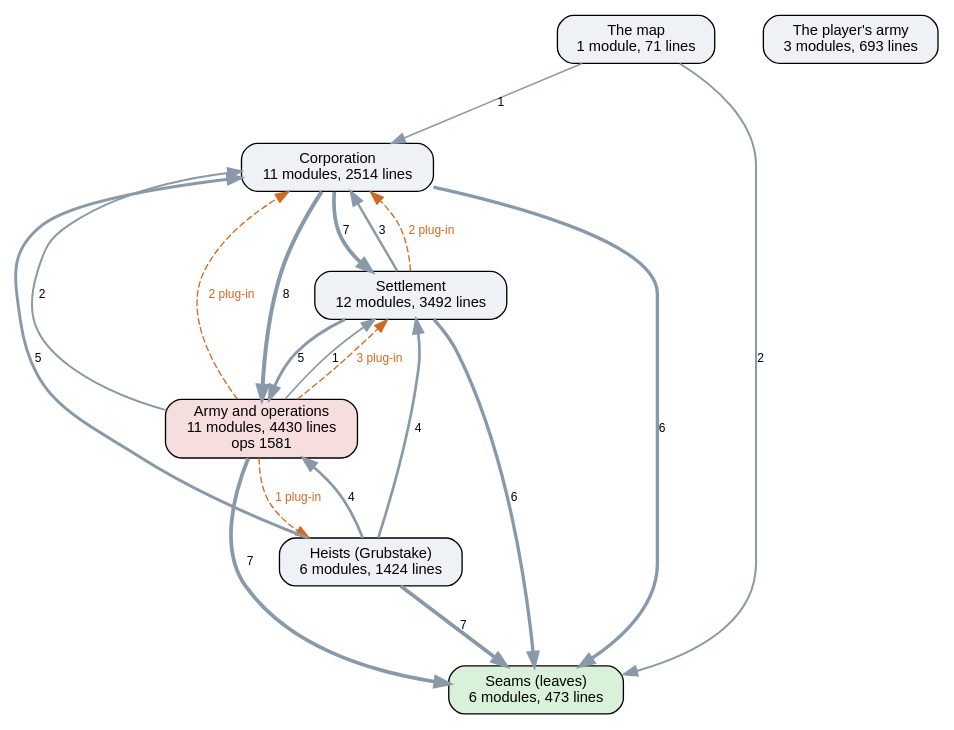
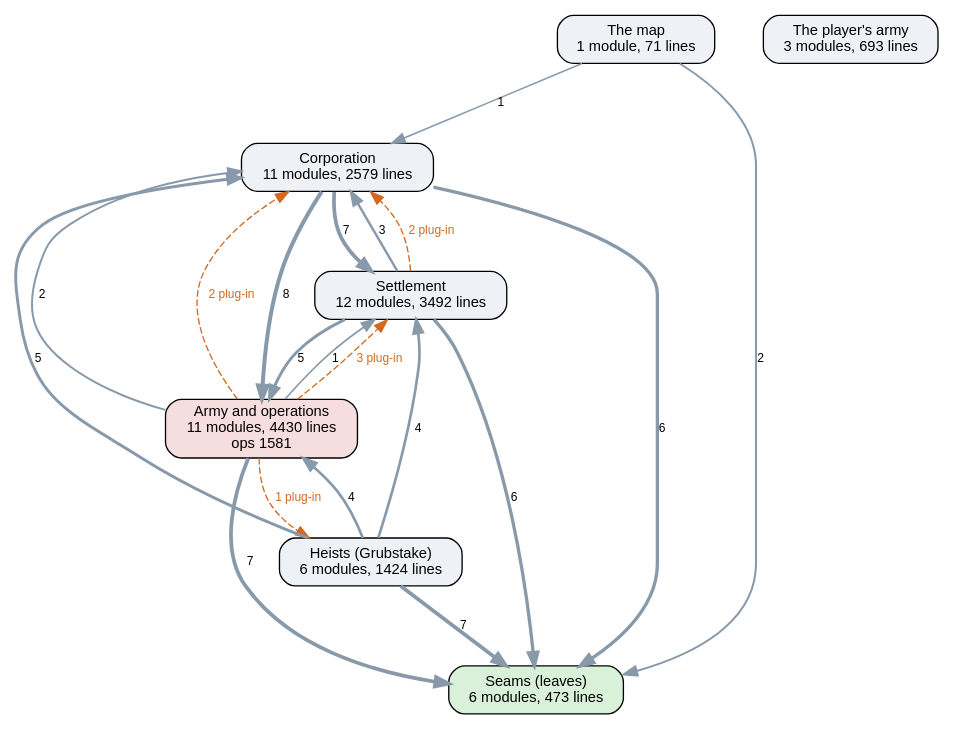
Before and after one commit to kinelhu/landing-party: the diagram in docs/ai-layers.dot, drawn with Graphviz. The commit also changed 12 other files, not shown here.

```diff
--- a/docs/ai-layers.dot
+++ b/docs/ai-layers.dot
@@ -1,31 +1,31 @@
 digraph layers {
   graph [rankdir=TB, fontname="Helvetica", nodesep=0.5, ranksep=0.7];
   node [shape=box, style="rounded,filled", fontname="Helvetica", fontsize=11, fillcolor="#eef2f7"];
   edge [color="#8899aa", fontname="Helvetica", fontsize=9];
   "Seams (leaves)" [label="Seams (leaves)\n6 modules, 473 lines", fillcolor="#d9f0d9"];
-  "Corporation" [label="Corporation\n11 modules, 2514 lines", fillcolor="#eef2f7"];
+  "Corporation" [label="Corporation\n11 modules, 2579 lines", fillcolor="#eef2f7"];
   "Settlement" [label="Settlement\n12 modules, 3492 lines", fillcolor="#eef2f7"];
   "Army and operations" [label="Army and operations\n11 modules, 4430 lines\nops 1581", fillcolor="#f7dede"];
   "Heists (Grubstake)" [label="Heists (Grubstake)\n6 modules, 1424 lines", fillcolor="#eef2f7"];
   "The map" [label="The map\n1 module, 71 lines", fillcolor="#eef2f7"];
   "The player's army" [label="The player's army\n3 modules, 693 lines", fillcolor="#eef2f7"];
   "Army and operations" -> "Corporation" [label="2", penwidth=1.5];
   "Army and operations" -> "Seams (leaves)" [label="7", penwidth=2.8];
   "Army and operations" -> "Settlement" [label="1", penwidth=1.2];
   "Corporation" -> "Army and operations" [label="8", penwidth=3.0];
   "Corporation" -> "Seams (leaves)" [label="6", penwidth=2.5];
   "Corporation" -> "Settlement" [label="7", penwidth=2.8];
   "Heists (Grubstake)" -> "Army and operations" [label="4", penwidth=2.0];
   "Heists (Grubstake)" -> "Corporation" [label="5", penwidth=2.2];
   "Heists (Grubstake)" -> "Seams (leaves)" [label="7", penwidth=2.8];
   "Heists (Grubstake)" -> "Settlement" [label="4", penwidth=2.0];
   "Settlement" -> "Army and operations" [label="5", penwidth=2.2];
   "Settlement" -> "Corporation" [label="3", penwidth=1.8];
   "Settlement" -> "Seams (leaves)" [label="6", penwidth=2.5];
   "The map" -> "Corporation" [label="1", penwidth=1.2];
   "The map" -> "Seams (leaves)" [label="2", penwidth=1.5];
   "Army and operations" -> "Corporation" [style=dashed, color="#d2691e", fontcolor="#d2691e", label="2 plug-in"];
   "Army and operations" -> "Heists (Grubstake)" [style=dashed, color="#d2691e", fontcolor="#d2691e", label="1 plug-in"];
   "Army and operations" -> "Settlement" [style=dashed, color="#d2691e", fontcolor="#d2691e", label="3 plug-in"];
   "Settlement" -> "Corporation" [style=dashed, color="#d2691e", fontcolor="#d2691e", label="2 plug-in"];
 }
```
